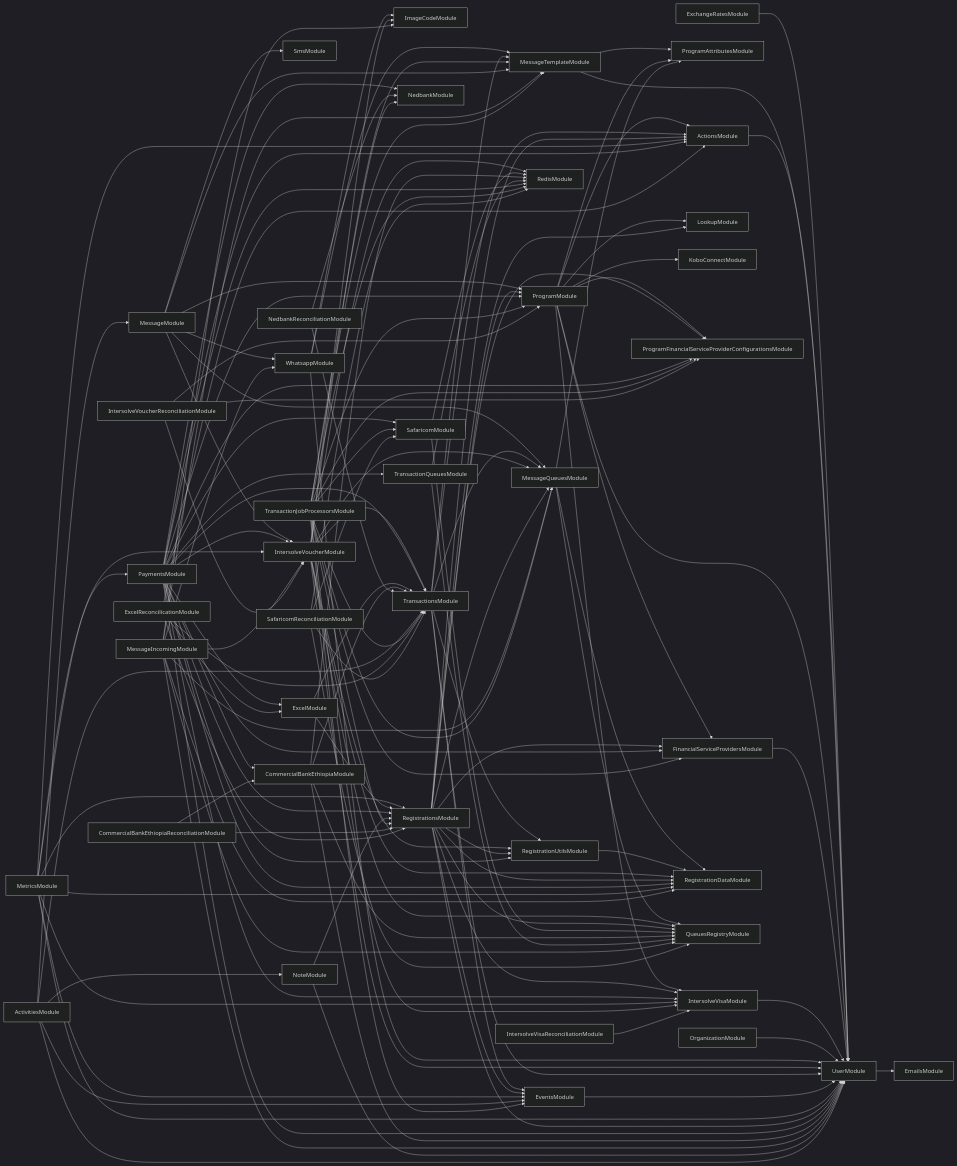
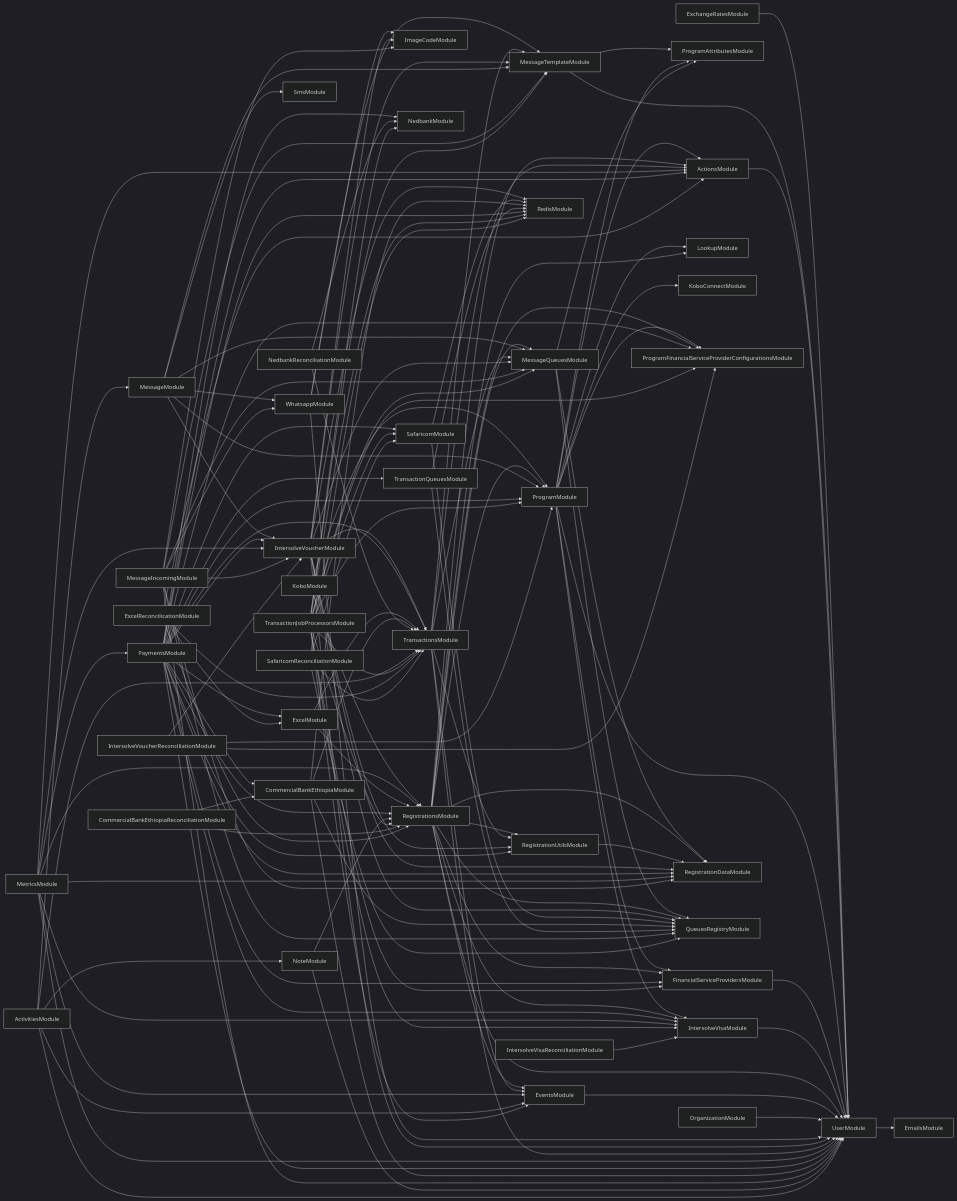
The diagram in services/121-service/module-dependencies.md (global-121/121-platform), drawn with Mermaid (dark theme) before and after one commit. The commit also changed 35 other files, not shown here.

Commit message:
kobo wip load form definition and registration

```diff
--- a/services/121-service/module-dependencies.md
+++ b/services/121-service/module-dependencies.md
@@ -17,6 +17,25 @@
   ProgramModule-->ProgramFinancialServiceProviderConfigurationsModule
   ProgramModule-->IntersolveVisaModule
   IntersolveVisaModule-->UserModule
+  KoboModule-->ProgramModule
+  KoboModule-->RegistrationsModule
+  RegistrationsModule-->UserModule
+  RegistrationsModule-->LookupModule
+  RegistrationsModule-->ActionsModule
+  RegistrationsModule-->ProgramModule
+  RegistrationsModule-->FinancialServiceProvidersModule
+  RegistrationsModule-->MessageQueuesModule
+  MessageQueuesModule-->ProgramAttributesModule
+  MessageQueuesModule-->RegistrationDataModule
+  MessageQueuesModule-->QueuesRegistryModule
+  RegistrationsModule-->IntersolveVisaModule
+  RegistrationsModule-->RegistrationDataModule
+  RegistrationsModule-->RegistrationUtilsModule
+  RegistrationUtilsModule-->RegistrationDataModule
+  RegistrationsModule-->EventsModule
+  EventsModule-->UserModule
+  RegistrationsModule-->ProgramFinancialServiceProviderConfigurationsModule
+  RegistrationsModule-->QueuesRegistryModule
   OrganizationModule-->UserModule
   MessageModule-->WhatsappModule
   WhatsappModule-->ImageCodeModule
@@ -24,9 +43,6 @@
   WhatsappModule-->MessageTemplateModule
   MessageModule-->SmsModule
   MessageModule-->MessageQueuesModule
-  MessageQueuesModule-->ProgramAttributesModule
-  MessageQueuesModule-->RegistrationDataModule
-  MessageQueuesModule-->QueuesRegistryModule
   MessageModule-->IntersolveVoucherModule
   IntersolveVoucherModule-->ImageCodeModule
   IntersolveVoucherModule-->UserModule
@@ -36,9 +52,7 @@
   TransactionsModule-->MessageQueuesModule
   TransactionsModule-->MessageTemplateModule
   TransactionsModule-->RegistrationUtilsModule
-  RegistrationUtilsModule-->RegistrationDataModule
   TransactionsModule-->EventsModule
-  EventsModule-->UserModule
   IntersolveVoucherModule-->MessageQueuesModule
   IntersolveVoucherModule-->MessageTemplateModule
   IntersolveVoucherModule-->RegistrationDataModule
@@ -49,18 +63,6 @@
   MessageModule-->ProgramModule
   MetricsModule-->UserModule
   MetricsModule-->RegistrationsModule
-  RegistrationsModule-->UserModule
-  RegistrationsModule-->LookupModule
-  RegistrationsModule-->ActionsModule
-  RegistrationsModule-->ProgramModule
-  RegistrationsModule-->FinancialServiceProvidersModule
-  RegistrationsModule-->MessageQueuesModule
-  RegistrationsModule-->IntersolveVisaModule
-  RegistrationsModule-->RegistrationDataModule
-  RegistrationsModule-->RegistrationUtilsModule
-  RegistrationsModule-->EventsModule
-  RegistrationsModule-->ProgramFinancialServiceProviderConfigurationsModule
-  RegistrationsModule-->QueuesRegistryModule
   MetricsModule-->ActionsModule
   MetricsModule-->PaymentsModule
   PaymentsModule-->UserModule
```
